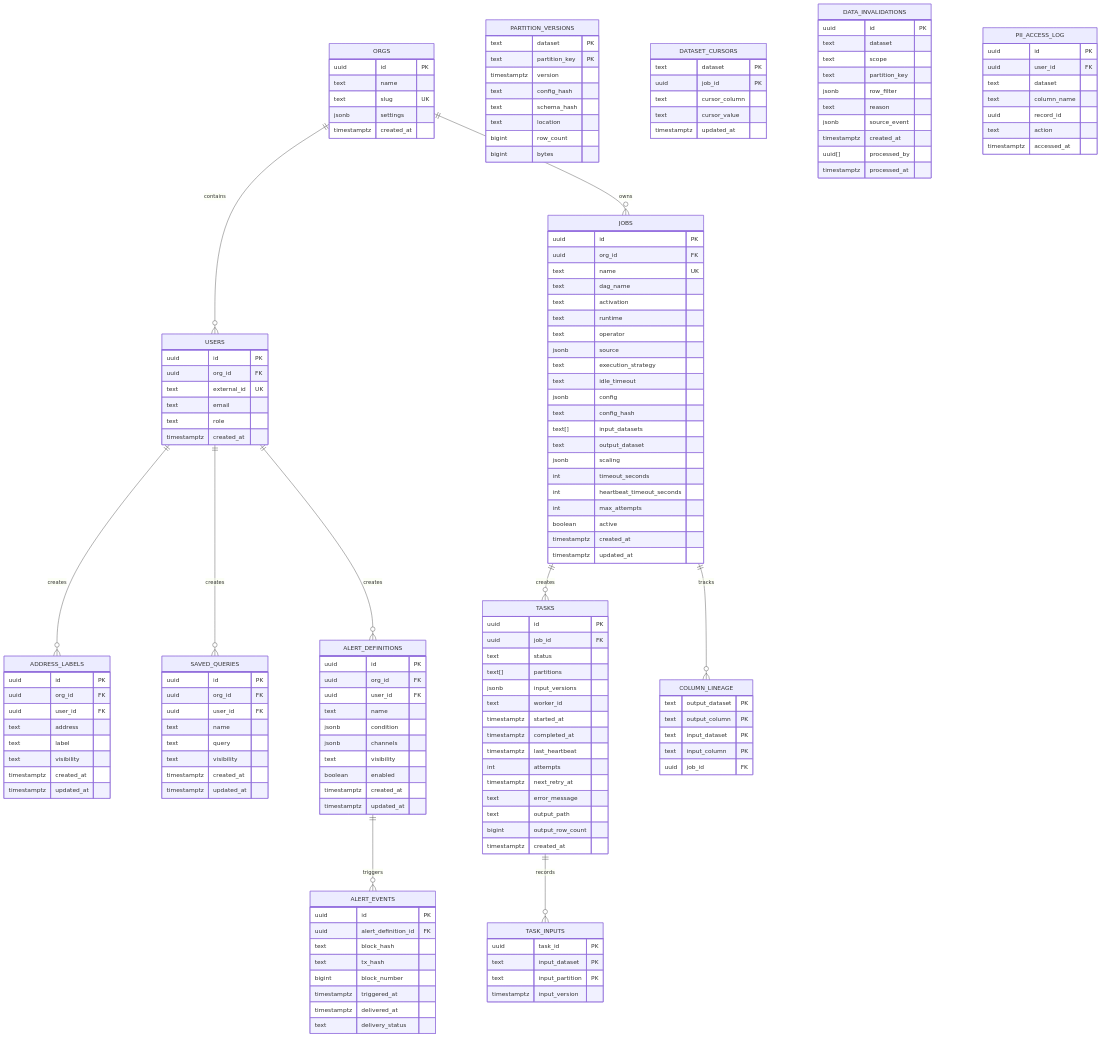
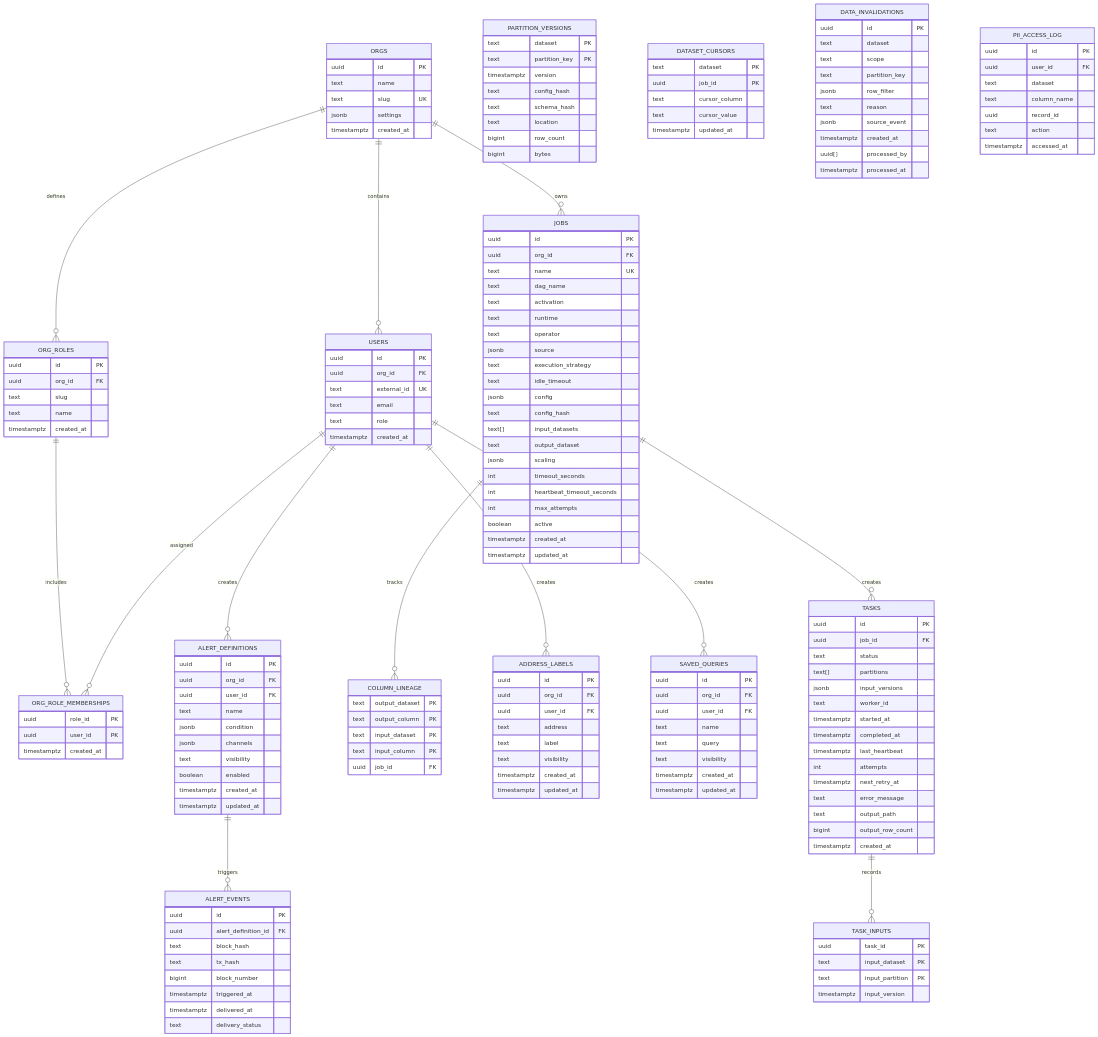
Before and after one commit to c7121/trace: the diagram in docs/architecture/erd.md, drawn with Mermaid. The commit also changed other lines of this file and 5 other files, not shown here.

Commit message:
Initial architecture

````diff
--- a/docs/architecture/erd.md
+++ b/docs/architecture/erd.md
@@ -5,6 +5,9 @@
 ```mermaid
 erDiagram
     ORGS ||--o{ USERS : contains
+    ORGS ||--o{ ORG_ROLES : defines
+    ORG_ROLES ||--o{ ORG_ROLE_MEMBERSHIPS : includes
+    USERS ||--o{ ORG_ROLE_MEMBERSHIPS : assigned
     ORGS ||--o{ JOBS : owns
     JOBS ||--o{ TASKS : creates
     TASKS ||--o{ TASK_INPUTS : records
@@ -28,6 +31,20 @@
         text external_id UK
         text email
         text role
+        timestamptz created_at
+    }
+    
+    ORG_ROLES {
+        uuid id PK
+        uuid org_id FK
+        text slug
+        text name
+        timestamptz created_at
+    }
+    
+    ORG_ROLE_MEMBERSHIPS {
+        uuid role_id PK
+        uuid user_id PK
         timestamptz created_at
     }
     
````
